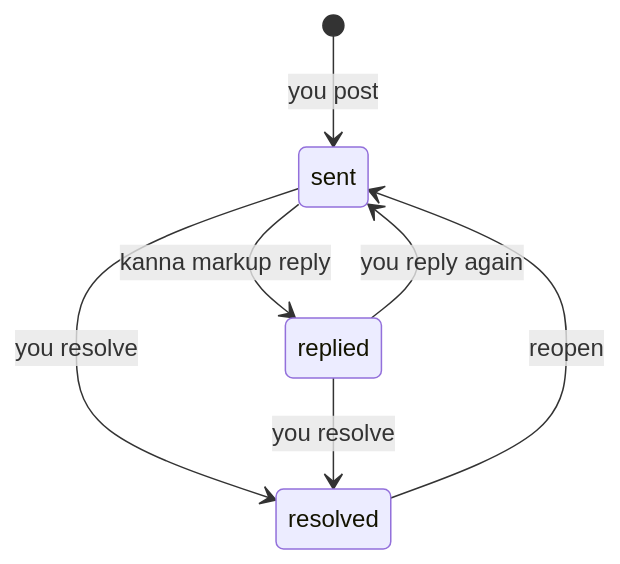
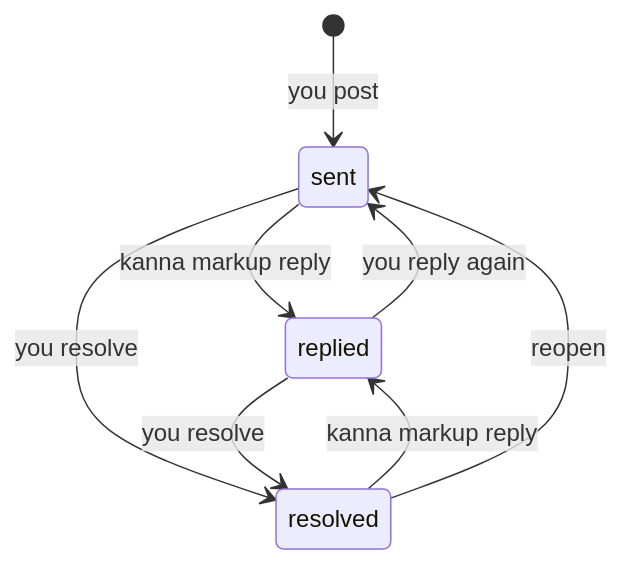
Before and after one commit to tampopogk/kanna: the second of 4 diagrams in docs/specs/doc-markup.md, drawn with Mermaid. The commit also changed other lines of this file and 2 other files, not shown here.

Commit message:
kanna markup reply reopens a resolved thread, so a reply after the user resolved still shows where they look; the test, doc-markup spec and kanna-markup skill say so

````diff
--- a/docs/specs/doc-markup.md
+++ b/docs/specs/doc-markup.md
@@ -111,9 +111,10 @@
 ```mermaid
 stateDiagram-v2
     [*] --> sent: you post
     sent --> replied: kanna markup reply
     replied --> sent: you reply again
     sent --> resolved: you resolve
     replied --> resolved: you resolve
+    resolved --> replied: kanna markup reply
     resolved --> sent: reopen
 ```
````
